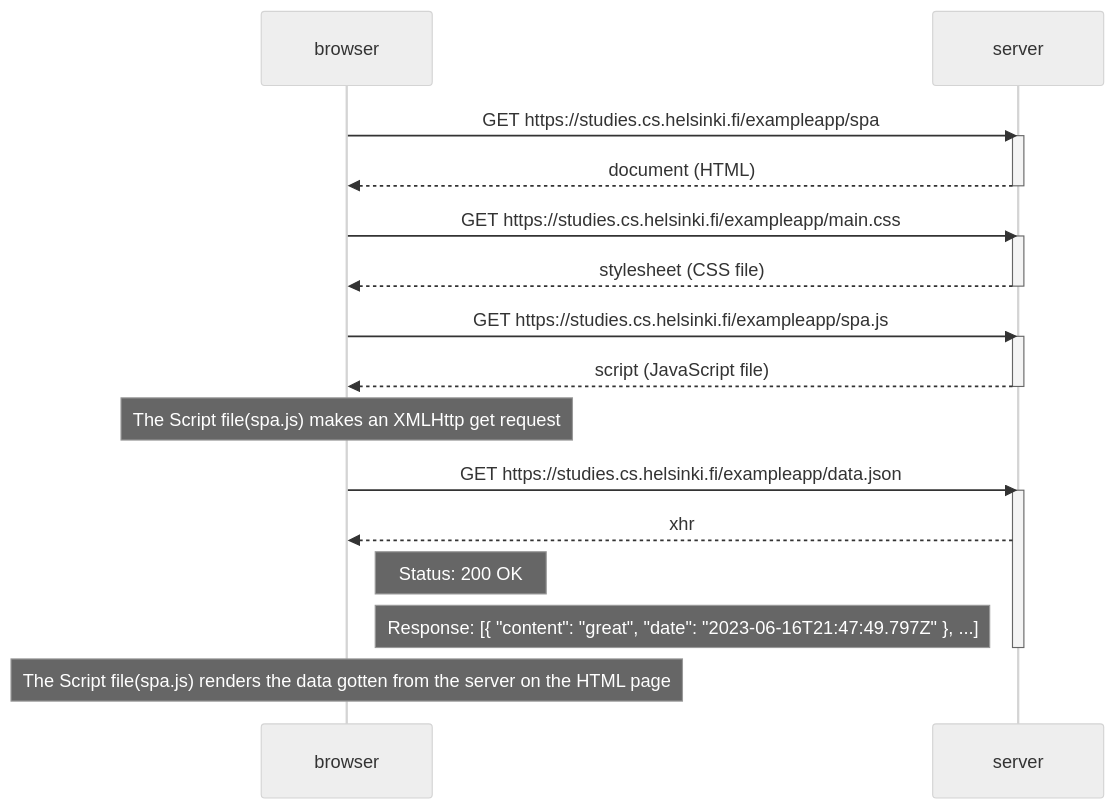
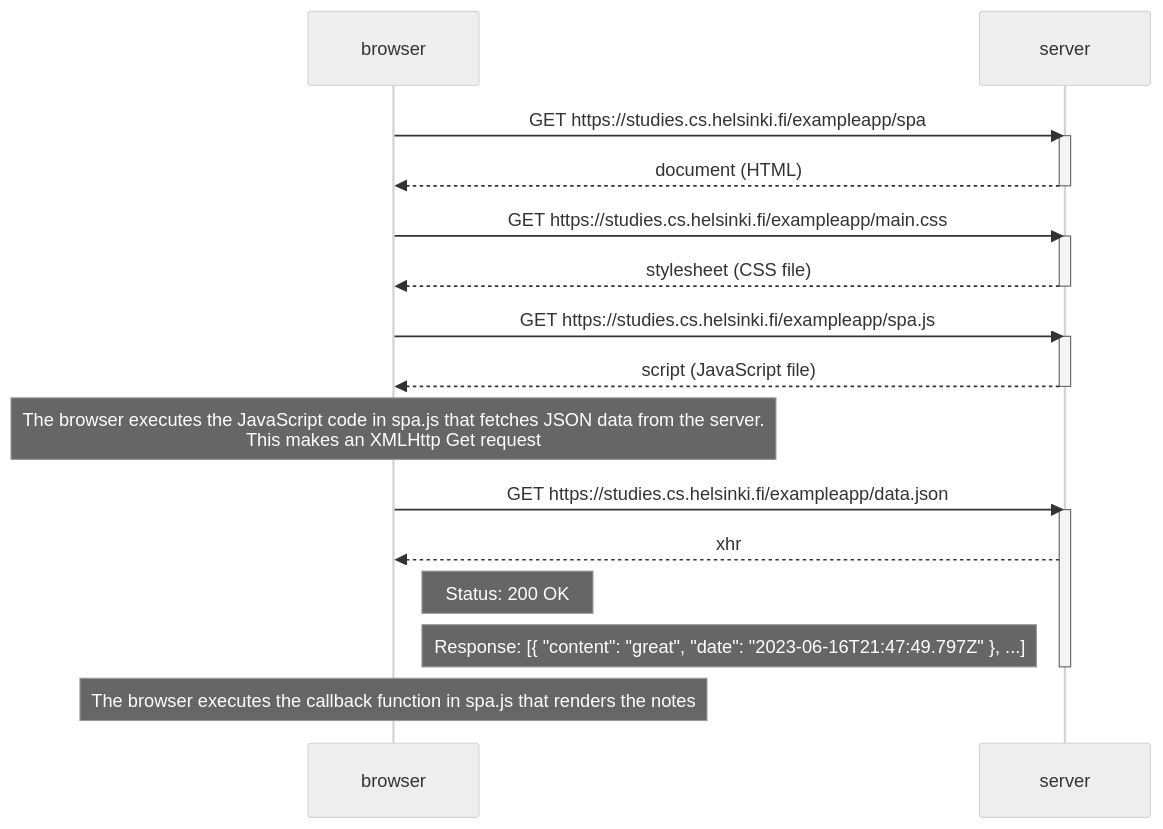
One commit to michaelikoko/fullstackopen_exercises changed the diagram in part0/ex5.md. Above: the diagram before and after it, drawn with Mermaid (neutral theme).

````diff
--- a/part0/ex5.md
+++ b/part0/ex5.md
@@ -1,32 +1,32 @@
 ```mermaid
 sequenceDiagram
     participant browser
     participant server
 
 
     browser->>server: GET https://studies.cs.helsinki.fi/exampleapp/spa
     activate server
     server-->>browser: document (HTML)
     deactivate server
 
     browser->>server: GET https://studies.cs.helsinki.fi/exampleapp/main.css
     activate server
     server-->>browser: stylesheet (CSS file)
     deactivate server
 
     browser->>server: GET https://studies.cs.helsinki.fi/exampleapp/spa.js
     activate server
     server-->>browser: script (JavaScript file)
     deactivate server
 
-    Note over browser: The Script file(spa.js) makes an XMLHttp get request
+    Note over browser: The browser executes the JavaScript code in spa.js that fetches JSON data from the server.<br>This makes an XMLHttp Get request
 
     browser->>server: GET https://studies.cs.helsinki.fi/exampleapp/data.json
     activate server
     server-->>browser: xhr
     Note right of browser: Status: 200 OK
     Note right of browser: Response: [{ "content": "great", "date": "2023-06-16T21:47:49.797Z" }, ...]
     deactivate server
 
-    Note over browser: The Script file(spa.js) renders the data gotten from the server on the HTML page
+    Note over browser: The browser executes the callback function in spa.js that renders the notes
 ```
````
